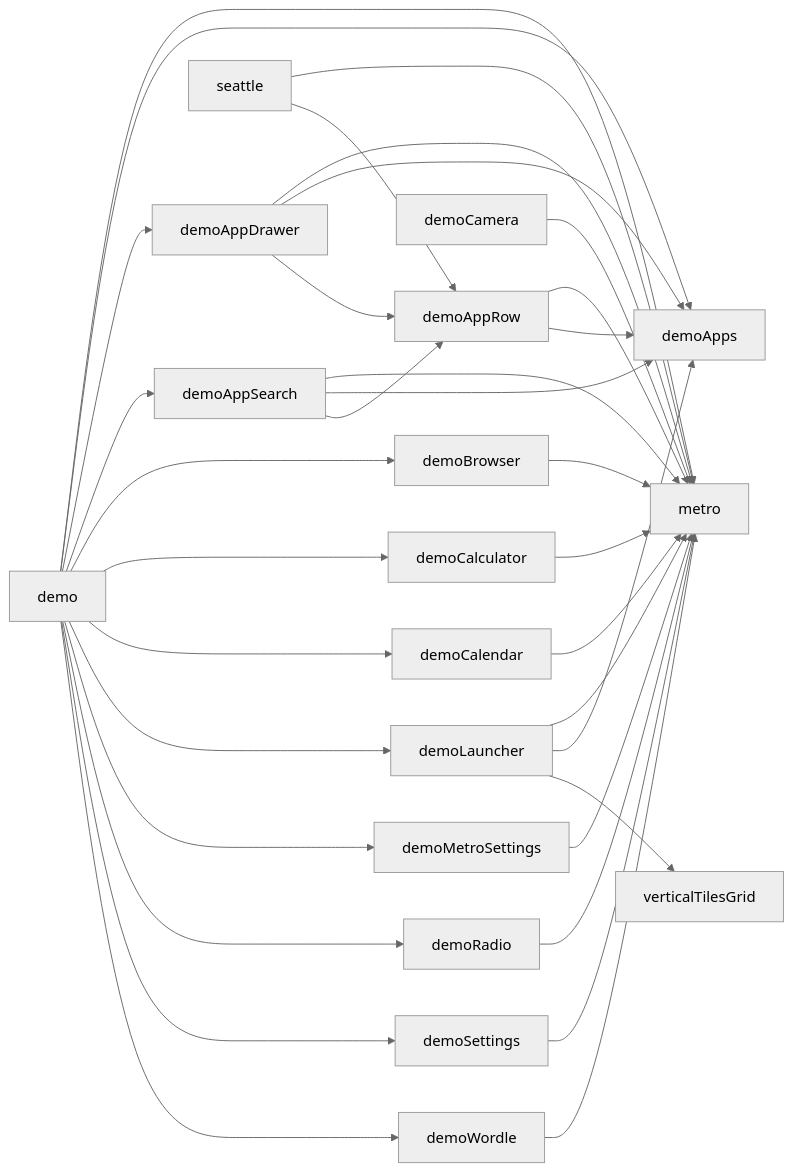
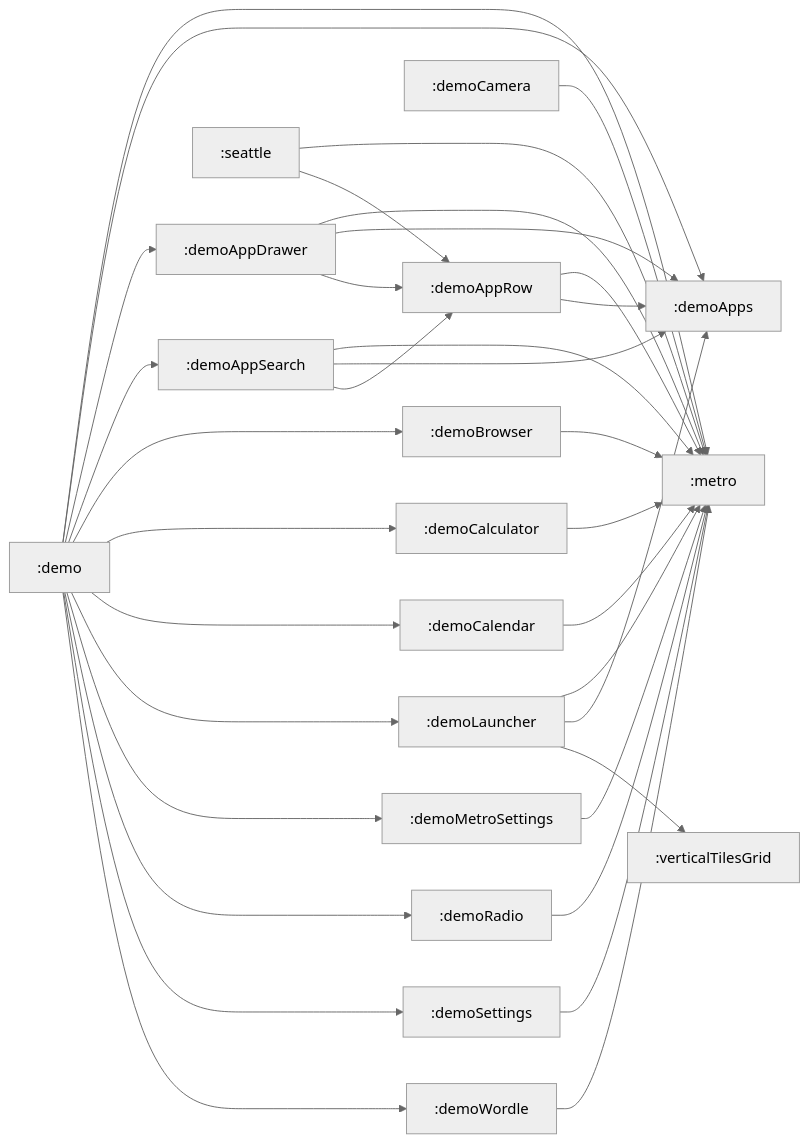
The diagram in README.md (louis993546/Metro-Compose), drawn with Mermaid before and after one commit. The commit also changed 6 other files, not shown here.

````diff
--- a/README.md
+++ b/README.md
@@ -103,43 +103,42 @@
 ```mermaid
 %%{
   init: {
     'theme': 'neutral'
   }
 }%%
 
 graph LR
-
-  demoCalendar --> metro
-  demoLauncher --> metro
-  demoLauncher --> demoApps
-  demoLauncher --> verticalTilesGrid
-  demoBrowser --> metro
-  demoRadio --> metro
-  demoAppRow --> metro
-  demoAppRow --> demoApps
-  demoAppDrawer --> metro
-  demoAppDrawer --> demoApps
-  demoAppDrawer --> demoAppRow
-  demoCamera --> metro
-  demoCalculator --> metro
-  demoAppSearch --> metro
-  demoAppSearch --> demoApps
-  demoAppSearch --> demoAppRow
-  demoMetroSettings --> metro
-  seattle --> metro
-  seattle --> demoAppRow
-  demoWordle --> metro
-  demo --> metro
-  demo --> demoApps
-  demo --> demoAppDrawer
-  demo --> demoAppSearch
-  demo --> demoBrowser
-  demo --> demoCalculator
-  demo --> demoCalendar
-  demo --> demoLauncher
-  demo --> demoMetroSettings
-  demo --> demoRadio
-  demo --> demoSettings
-  demo --> demoWordle
-  demoSettings --> metro
+  :demoAppDrawer --> :metro
+  :demoAppDrawer --> :demoApps
+  :demoAppDrawer --> :demoAppRow
+  :demoAppSearch --> :metro
+  :demoAppSearch --> :demoApps
+  :demoAppSearch --> :demoAppRow
+  :demoWordle --> :metro
+  :seattle --> :metro
+  :seattle --> :demoAppRow
+  :demoCamera --> :metro
+  :demoSettings --> :metro
+  :demoAppRow --> :metro
+  :demoAppRow --> :demoApps
+  :demoMetroSettings --> :metro
+  :demoCalendar --> :metro
+  :demo --> :metro
+  :demo --> :demoApps
+  :demo --> :demoAppDrawer
+  :demo --> :demoAppSearch
+  :demo --> :demoBrowser
+  :demo --> :demoCalculator
+  :demo --> :demoCalendar
+  :demo --> :demoLauncher
+  :demo --> :demoMetroSettings
+  :demo --> :demoRadio
+  :demo --> :demoSettings
+  :demo --> :demoWordle
+  :demoCalculator --> :metro
+  :demoBrowser --> :metro
+  :demoRadio --> :metro
+  :demoLauncher --> :metro
+  :demoLauncher --> :demoApps
+  :demoLauncher --> :verticalTilesGrid
 ```
````
